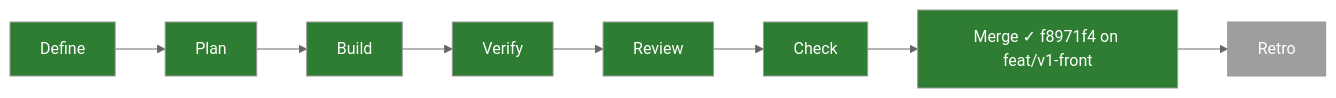
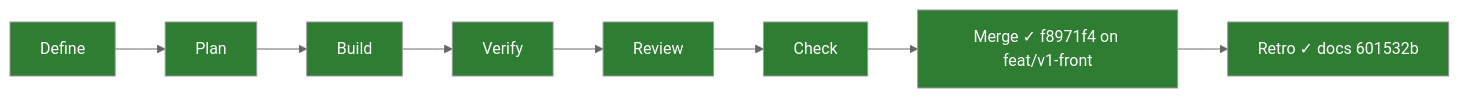
One commit to PaliCanon/search-front changed the first of 2 diagrams in .task/005-real-search.md. Above: the diagram before and after it, drawn with Mermaid (neutral theme). The commit also changed other lines of this file and 1 other file, not shown here.

Commit message:
chore(task): 001 and 005 retro, sessions archived

````diff
--- a/.task/005-real-search.md
+++ b/.task/005-real-search.md
@@ -12,7 +12,7 @@
 ```mermaid
 flowchart LR
-  Define:::done --> Plan:::done --> Build:::done --> Verify:::done --> Review:::done --> Check:::done --> Merge["Merge ✓ f8971f4 on feat/v1-front"]:::done --> Retro:::todo
+  Define:::done --> Plan:::done --> Build:::done --> Verify:::done --> Review:::done --> Check:::done --> Merge["Merge ✓ f8971f4 on feat/v1-front"]:::done --> Retro["Retro ✓ docs 601532b"]:::done
   classDef doing fill:#f9a825,color:#000
   classDef done fill:#2e7d32,color:#fff
   classDef todo fill:#9e9e9e,color:#fff
 ```
````
